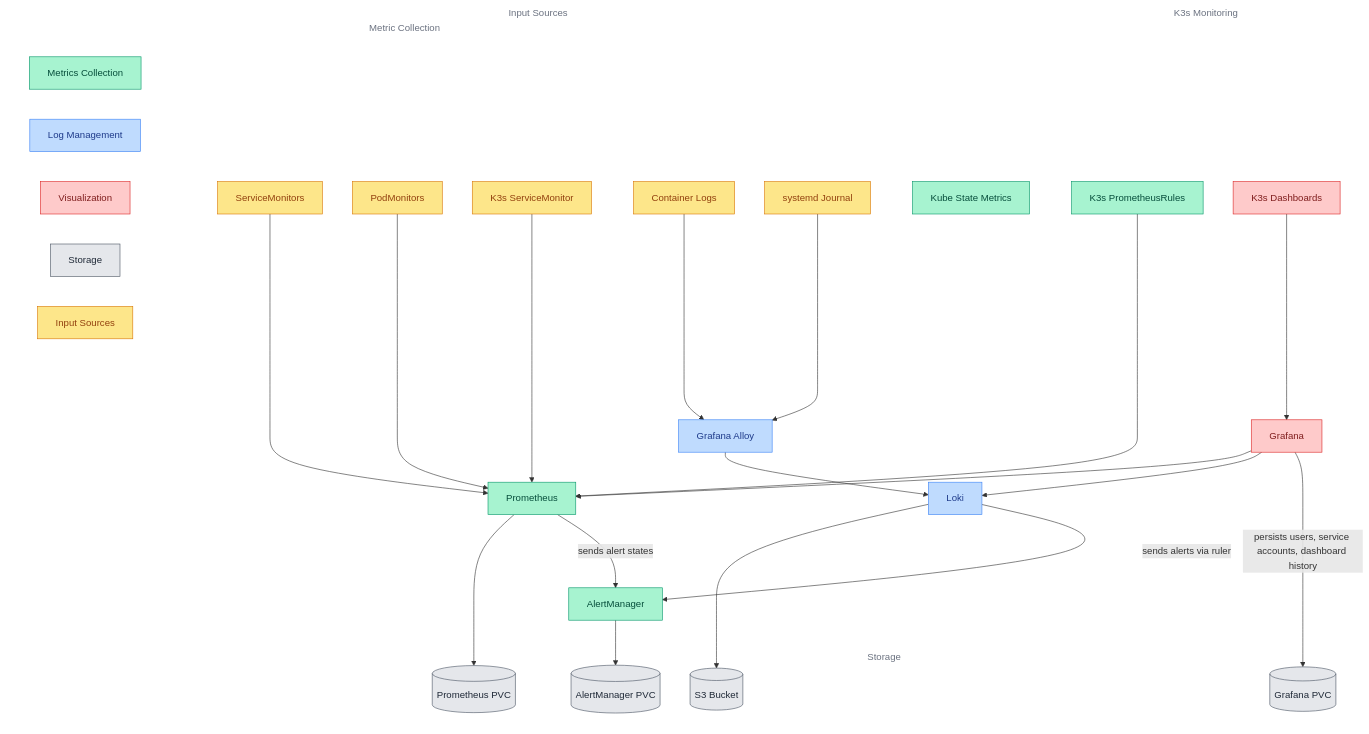
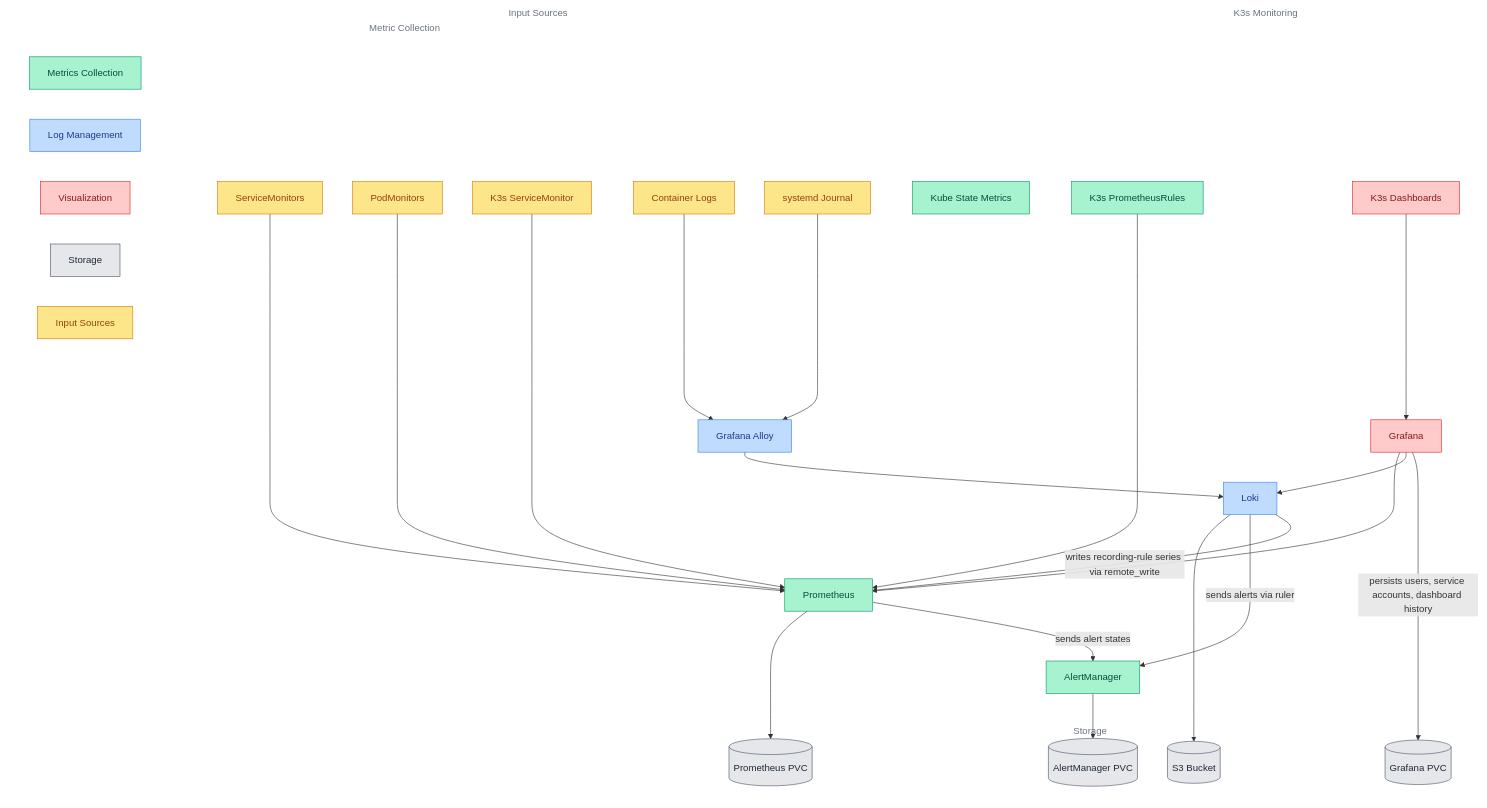
The diagram in infrastructure/subsystems/observability-core/README.md (ppat/homelab-ops-kubernetes-apps), drawn with Mermaid before and after one commit. The commit also changed other lines of this file and 8 other files, not shown here.

````diff
--- a/infrastructure/subsystems/observability-core/README.md
+++ b/infrastructure/subsystems/observability-core/README.md
@@ -51,81 +52,82 @@
 ```mermaid
 flowchart TB
     %% Color scheme with good contrast
     classDef metrics fill:#a7f3d0,stroke:#059669,color:#064e3b
     classDef logs fill:#bfdbfe,stroke:#3b82f6,color:#1e3a8a
     classDef viz fill:#fecaca,stroke:#dc2626,color:#7f1d1d
     classDef store fill:#e5e7eb,stroke:#4b5563,color:#1f2937
     classDef input fill:#fde68a,stroke:#d97706,color:#92400e
     classDef legend fill:none,stroke:none,color:#6b7280
 
     %% Input Sources
     subgraph inputs[Input Sources]
         container_logs[Container Logs]:::input
         journal_logs[systemd Journal]:::input
         subgraph metric_collection[Metric Collection]
             servicemonitors[ServiceMonitors]:::input
             podmonitors[PodMonitors]:::input
             k3s_servicemonitor[K3s ServiceMonitor]:::input
         end
     end
 
     %% K3s Monitoring
     subgraph k3s[K3s Monitoring]
         k3s_rules[K3s PrometheusRules]:::metrics
         k3s_dashboards[K3s Dashboards]:::viz
     end
 
     %% Metrics Components
     prometheus[Prometheus]:::metrics
     alertmanager[AlertManager]:::metrics
     kube_state[Kube State Metrics]:::metrics
 
     %% Logging Components
     loki[Loki]:::logs
     alloy[Grafana Alloy]:::logs
 
     %% Visualization
     grafana[Grafana]:::viz
 
     %% Storage
     subgraph storage[Storage]
         prometheus_pvc[(Prometheus PVC)]:::store
         alertmanager_pvc[(AlertManager PVC)]:::store
         grafana_pvc[(Grafana PVC)]:::store
         s3_bucket[(S3 Bucket)]:::store
     end
 
     %% Data Flow Relationships
     container_logs & journal_logs --> alloy
     alloy --> loki
     loki --> s3_bucket
     loki -- "sends alerts via ruler" --> alertmanager
+    loki -- "writes recording-rule series via remote_write" --> prometheus
 
     servicemonitors & podmonitors & k3s_servicemonitor --> prometheus
     k3s_rules --> prometheus
 
     prometheus --> prometheus_pvc
     prometheus -- "sends alert states" --> alertmanager
     alertmanager --> alertmanager_pvc
 
     grafana --> prometheus
     grafana --> loki
     grafana -- "persists users, service accounts, dashboard history" --> grafana_pvc
     k3s_dashboards --> grafana
 
     %% Simple legend
     subgraph Legend[" "]
         direction LR
         metrics[Metrics Collection]:::metrics
         logs[Log Management]:::logs
         viz[Visualization]:::viz
         store[Storage]:::store
         input[Input Sources]:::input
     end
 
     class Legend legend
     class storage legend
     class k3s legend
     class inputs legend
     class metric_collection legend
 ```
````
